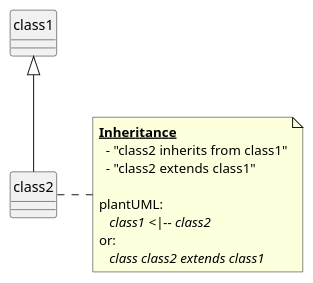
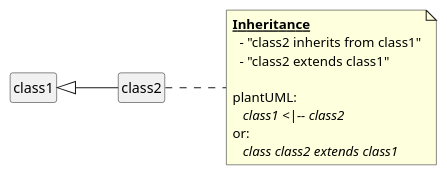
Diagram 19 of 33 in uml_markdown_summary.md (chraxo/UmlMarkdownCheatSheet), drawn with PlantUML before and after one commit. The commit also changed other lines of this file, not shown here.

```diff
--- a/uml_markdown_summary.md
+++ b/uml_markdown_summary.md
@@ -380,22 +505,23 @@
 @startuml
     skinparam classFontName Consolas
     skinparam classAttributeFontName Consolas
     skinparam noteFontName Consolas
 
-    'hide empty members
-    'left to right direction
+    hide empty members
+    left to right direction
     skinparam style strictuml
 
-    class1 <|-- class2 
+    class1 <|-- class2
 
     note right
         **__Inheritance__**
           - "class2 inherits from class1"
           - "class2 extends class1"
         
         plantUML: 
            //class1 <|-- class2//
         or:
            //class class2 extends class1//
     end note
+    
 @enduml
```
